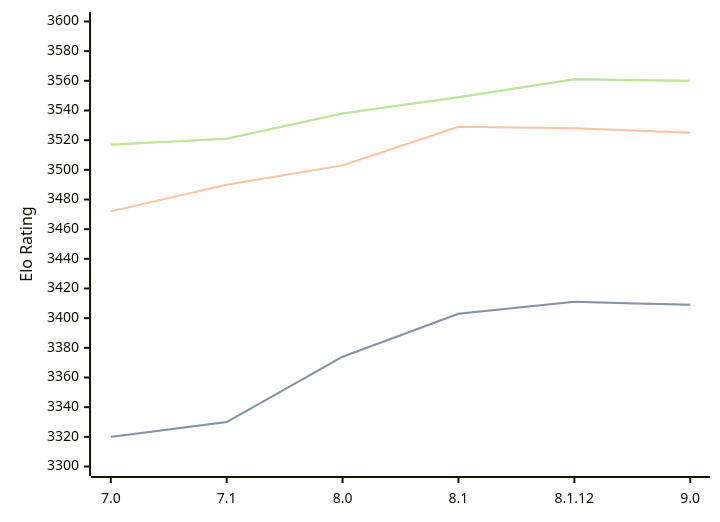
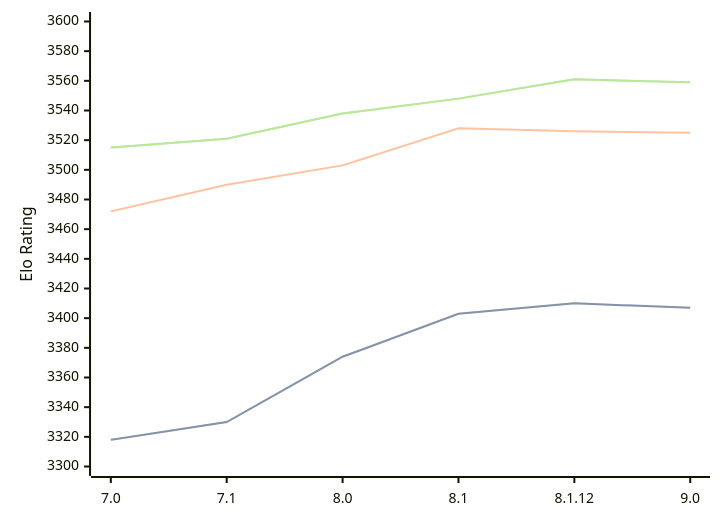
Before and after one commit to computer-chess-index/cci: the third of 3 diagrams in engines/Alexandria.md, drawn with Mermaid. The commit also changed other lines of this file, not shown here.

Commit message:
Update CCI Ratings (ELO VLTC) - 2026-06-20

````diff
--- a/engines/Alexandria.md
+++ b/engines/Alexandria.md
@@ -88,11 +88,11 @@
 ```mermaid
 %%{init: {"theme":"base","themeVariables":{"seriesColors:['#a3a3a3','#222221','#faa371']}}}%%
 xychart-beta
   x-axis ["7.0", "7.1", "8.0", "8.1", "8.1.12", "9.0"]
   y-axis "Elo Rating" 3300 --> 3600
-  line "STC (8.0+0.08s)" [3320, 3330, 3374, 3403, 3411, 3409]
-  line "STC (8.0+0.08s)" [3320, 3330, 3374, 3403, 3411, 3409]
-  line "LTC (60.0+0.60s)" [3472, 3490, 3503, 3529, 3528, 3525]
-  line "VLTC (2m24s+1.12s)" [3517, 3521, 3538, 3549, 3561, 3560]
-  line "VLTC (2m24s+1.12s)" [3517, 3521, 3538, 3549, 3561, 3560]
+  line "STC (8.0+0.08s)" [3318, 3330, 3374, 3403, 3410, 3407]
+  line "STC (8.0+0.08s)" [3318, 3330, 3374, 3403, 3410, 3407]
+  line "LTC (60.0+0.60s)" [3472, 3490, 3503, 3528, 3526, 3525]
+  line "VLTC (2m24s+1.12s)" [3515, 3521, 3538, 3548, 3561, 3559]
+  line "VLTC (2m24s+1.12s)" [3515, 3521, 3538, 3548, 3561, 3559]
 ```
````
